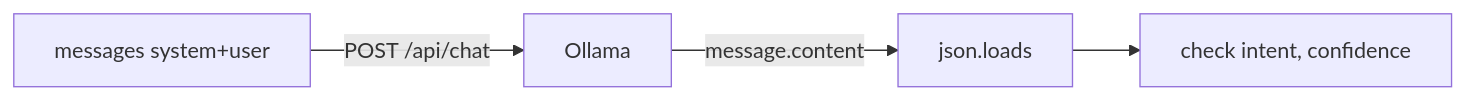
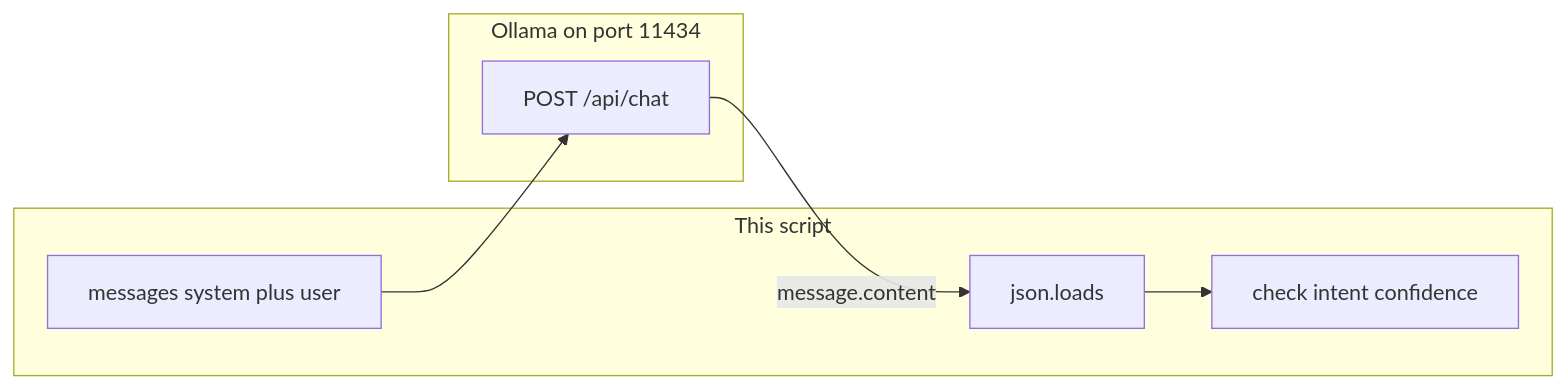
One commit to jacobbweber/AgenticAI-Labs changed the diagram in education/02_the_contract/lab1_structured_json.md. Above: the diagram before and after it, drawn with Mermaid. The commit also changed other lines of this file, not shown here.

Commit message:
Align 02 lab1 brief to the LAB template.

````diff
--- a/education/02_the_contract/lab1_structured_json.md
+++ b/education/02_the_contract/lab1_structured_json.md
@@ -31,6 +13,14 @@
 ```mermaid
 flowchart LR
-    A["messages system+user"] -->|"POST /api/chat"| B["Ollama"]
-    B -->|"message.content"| C["json.loads"]
-    C --> D["check intent, confidence"]
+    subgraph ch02_lab1_script [This script]
+        M["messages system plus user"]
+        P["json.loads"]
+        K["check intent confidence"]
+    end
+    subgraph ch02_lab1_host [Ollama on port 11434]
+        C["POST /api/chat"]
+    end
+    M --> C
+    C -->|"message.content"| P
+    P --> K
 ```
````
